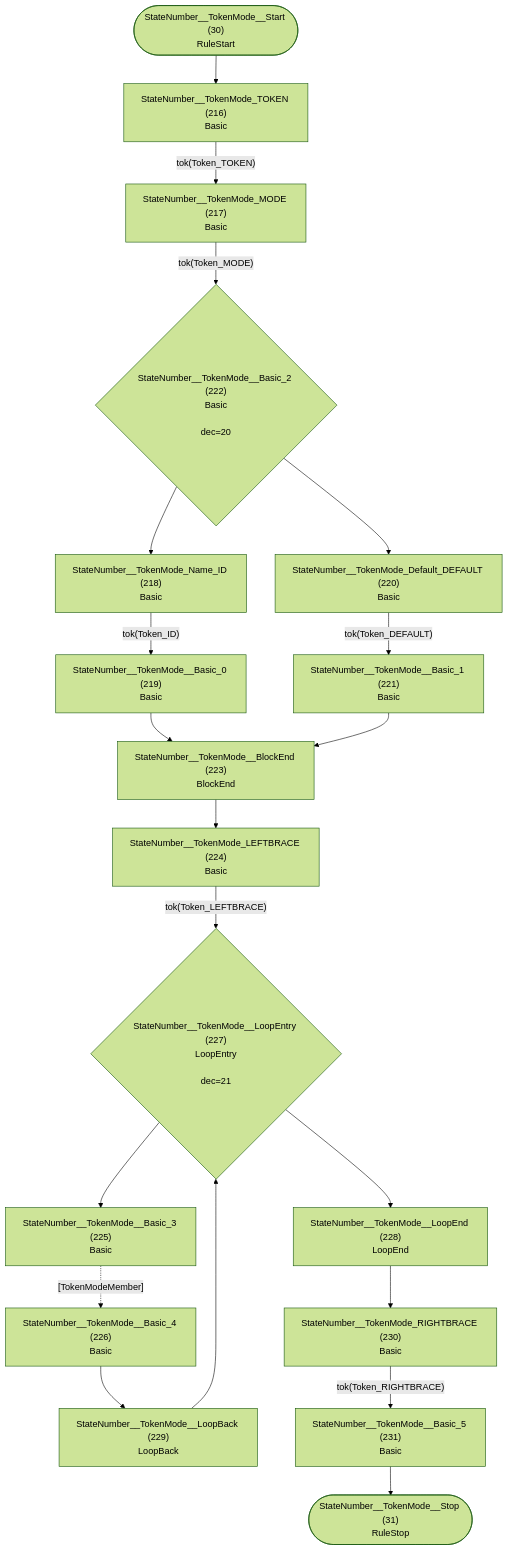
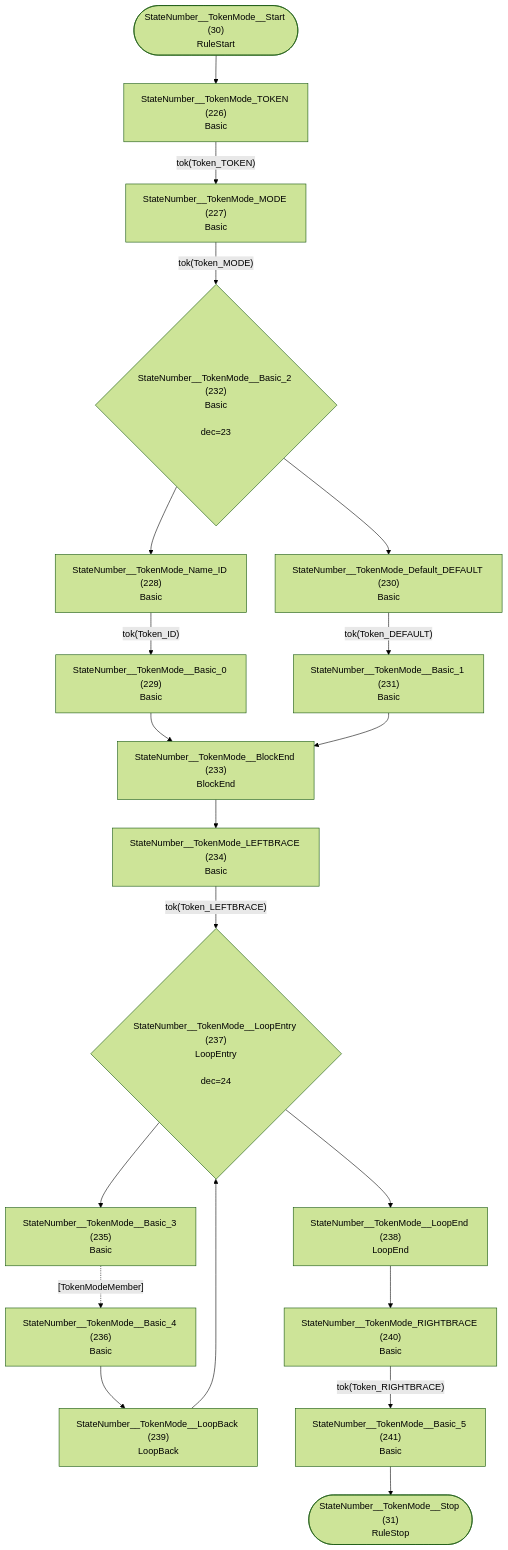
Diagram 16 of 37 in internal/grammar/atn.md (TypeFox/fastbelt), drawn with Mermaid (forest theme) before and after one commit. The commit also changed other lines of this file and 10 other files, not shown here.

````diff
--- a/internal/grammar/atn.md
+++ b/internal/grammar/atn.md
@@ -472,41 +491,41 @@
 ```mermaid
 flowchart TD
     q30(["StateNumber__TokenMode__Start (30)<br/>RuleStart"])
     q31(["StateNumber__TokenMode__Stop (31)<br/>RuleStop"])
-    q216["StateNumber__TokenMode_TOKEN (216)<br/>Basic<br/>"]
-    q217["StateNumber__TokenMode_MODE (217)<br/>Basic<br/>"]
-    q218["StateNumber__TokenMode_Name_ID (218)<br/>Basic<br/>"]
-    q219["StateNumber__TokenMode__Basic_0 (219)<br/>Basic<br/>"]
-    q220["StateNumber__TokenMode_Default_DEFAULT (220)<br/>Basic<br/>"]
-    q221["StateNumber__TokenMode__Basic_1 (221)<br/>Basic<br/>"]
-    q222{"StateNumber__TokenMode__Basic_2 (222)<br/>Basic<br/><br/>dec=20"}
-    q223["StateNumber__TokenMode__BlockEnd (223)<br/>BlockEnd<br/>"]
-    q224["StateNumber__TokenMode_LEFTBRACE (224)<br/>Basic<br/>"]
-    q225["StateNumber__TokenMode__Basic_3 (225)<br/>Basic<br/>"]
-    q226["StateNumber__TokenMode__Basic_4 (226)<br/>Basic<br/>"]
-    q227{"StateNumber__TokenMode__LoopEntry (227)<br/>LoopEntry<br/><br/>dec=21"}
-    q228["StateNumber__TokenMode__LoopEnd (228)<br/>LoopEnd<br/>"]
-    q229["StateNumber__TokenMode__LoopBack (229)<br/>LoopBack<br/>"]
-    q230["StateNumber__TokenMode_RIGHTBRACE (230)<br/>Basic<br/>"]
-    q231["StateNumber__TokenMode__Basic_5 (231)<br/>Basic<br/>"]
+    q226["StateNumber__TokenMode_TOKEN (226)<br/>Basic<br/>"]
+    q227["StateNumber__TokenMode_MODE (227)<br/>Basic<br/>"]
+    q228["StateNumber__TokenMode_Name_ID (228)<br/>Basic<br/>"]
+    q229["StateNumber__TokenMode__Basic_0 (229)<br/>Basic<br/>"]
+    q230["StateNumber__TokenMode_Default_DEFAULT (230)<br/>Basic<br/>"]
+    q231["StateNumber__TokenMode__Basic_1 (231)<br/>Basic<br/>"]
+    q232{"StateNumber__TokenMode__Basic_2 (232)<br/>Basic<br/><br/>dec=23"}
+    q233["StateNumber__TokenMode__BlockEnd (233)<br/>BlockEnd<br/>"]
+    q234["StateNumber__TokenMode_LEFTBRACE (234)<br/>Basic<br/>"]
+    q235["StateNumber__TokenMode__Basic_3 (235)<br/>Basic<br/>"]
+    q236["StateNumber__TokenMode__Basic_4 (236)<br/>Basic<br/>"]
+    q237{"StateNumber__TokenMode__LoopEntry (237)<br/>LoopEntry<br/><br/>dec=24"}
+    q238["StateNumber__TokenMode__LoopEnd (238)<br/>LoopEnd<br/>"]
+    q239["StateNumber__TokenMode__LoopBack (239)<br/>LoopBack<br/>"]
+    q240["StateNumber__TokenMode_RIGHTBRACE (240)<br/>Basic<br/>"]
+    q241["StateNumber__TokenMode__Basic_5 (241)<br/>Basic<br/>"]
 
-    q30 --> q216
-    q216 -->|"tok(Token_TOKEN)"| q217
-    q217 -->|"tok(Token_MODE)"| q222
-    q218 -->|"tok(Token_ID)"| q219
-    q219 --> q223
-    q220 -->|"tok(Token_DEFAULT)"| q221
-    q221 --> q223
-    q222 --> q218
-    q222 --> q220
-    q223 --> q224
-    q224 -->|"tok(Token_LEFTBRACE)"| q227
-    q225 -.->|"[TokenModeMember]"| q226
-    q226 --> q229
-    q227 --> q225
-    q227 --> q228
-    q228 --> q230
-    q229 --> q227
-    q230 -->|"tok(Token_RIGHTBRACE)"| q231
-    q231 --> q31
+    q30 --> q226
+    q226 -->|"tok(Token_TOKEN)"| q227
+    q227 -->|"tok(Token_MODE)"| q232
+    q228 -->|"tok(Token_ID)"| q229
+    q229 --> q233
+    q230 -->|"tok(Token_DEFAULT)"| q231
+    q231 --> q233
+    q232 --> q228
+    q232 --> q230
+    q233 --> q234
+    q234 -->|"tok(Token_LEFTBRACE)"| q237
+    q235 -.->|"[TokenModeMember]"| q236
+    q236 --> q239
+    q237 --> q235
+    q237 --> q238
+    q238 --> q240
+    q239 --> q237
+    q240 -->|"tok(Token_RIGHTBRACE)"| q241
+    q241 --> q31
 ```
````
